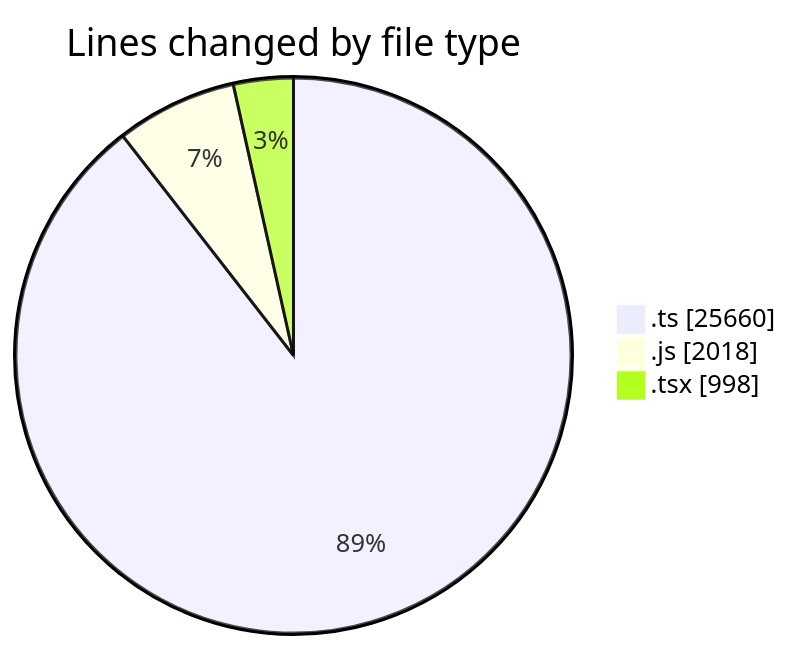
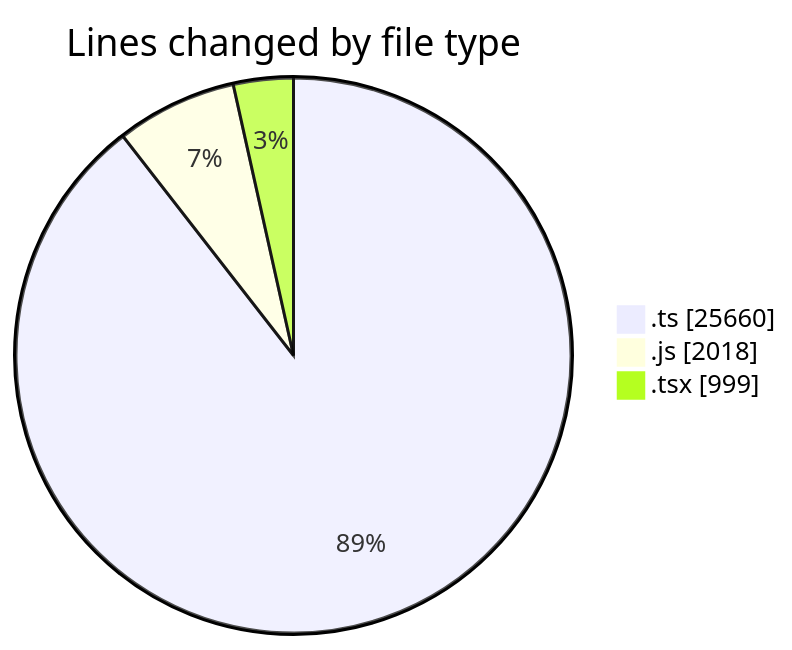
The first of 2 diagrams in 2025-06-20/cda/README.md (momahboobian/code-tracking), drawn with Mermaid before and after one commit. The commit also changed other lines of this file and 1 other file, not shown here.

````diff
--- a/2025-06-20/cda/README.md
+++ b/2025-06-20/cda/README.md
@@ -43,7 +43,7 @@
 ```mermaid
 pie showData
 title Lines changed by file type
 ".ts" : 25660
 ".js" : 2018
-".tsx" : 998
+".tsx" : 999
 ```
````
